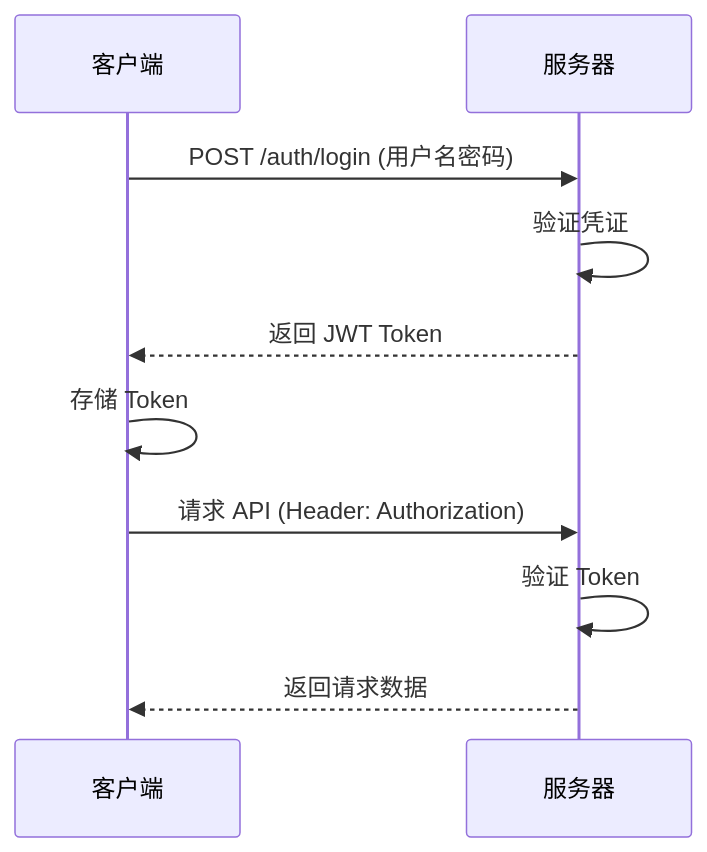
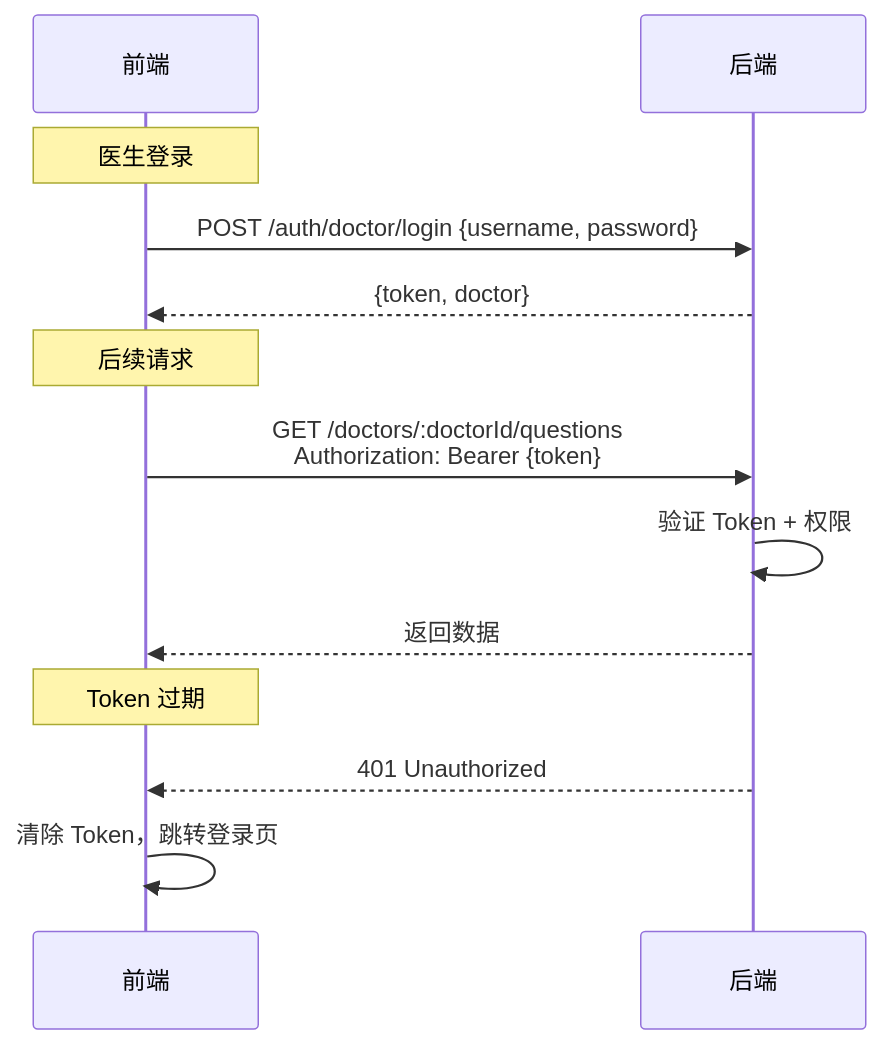
Before and after one commit to fanleiotot/qa-live-healthcare-interview: the second of 3 diagrams in .asdm/contexts/api.md, drawn with Mermaid. The commit also changed other lines of this file and 2 other files, not shown here.

````diff
--- a/.asdm/contexts/api.md
+++ b/.asdm/contexts/api.md
@@ -588,13 +607,18 @@
 ```mermaid
 sequenceDiagram
-    participant C as 客户端
-    participant S as 服务器
-    
-    C->>S: POST /auth/login (用户名密码)
-    S->>S: 验证凭证
-    S-->>C: 返回 JWT Token
-    C->>C: 存储 Token
-    C->>S: 请求 API (Header: Authorization)
-    S->>S: 验证 Token
-    S-->>C: 返回请求数据
+    participant C as 前端
+    participant S as 后端
+
+    Note over C: 医生登录
+    C->>S: POST /auth/doctor/login {username, password}
+    S-->>C: {token, doctor}
+
+    Note over C: 后续请求
+    C->>S: GET /doctors/:doctorId/questions<br/>Authorization: Bearer {token}
+    S->>S: 验证 Token + 权限
+    S-->>C: 返回数据
+
+    Note over C: Token 过期
+    S-->>C: 401 Unauthorized
+    C->>C: 清除 Token，跳转登录页
 ```
````
